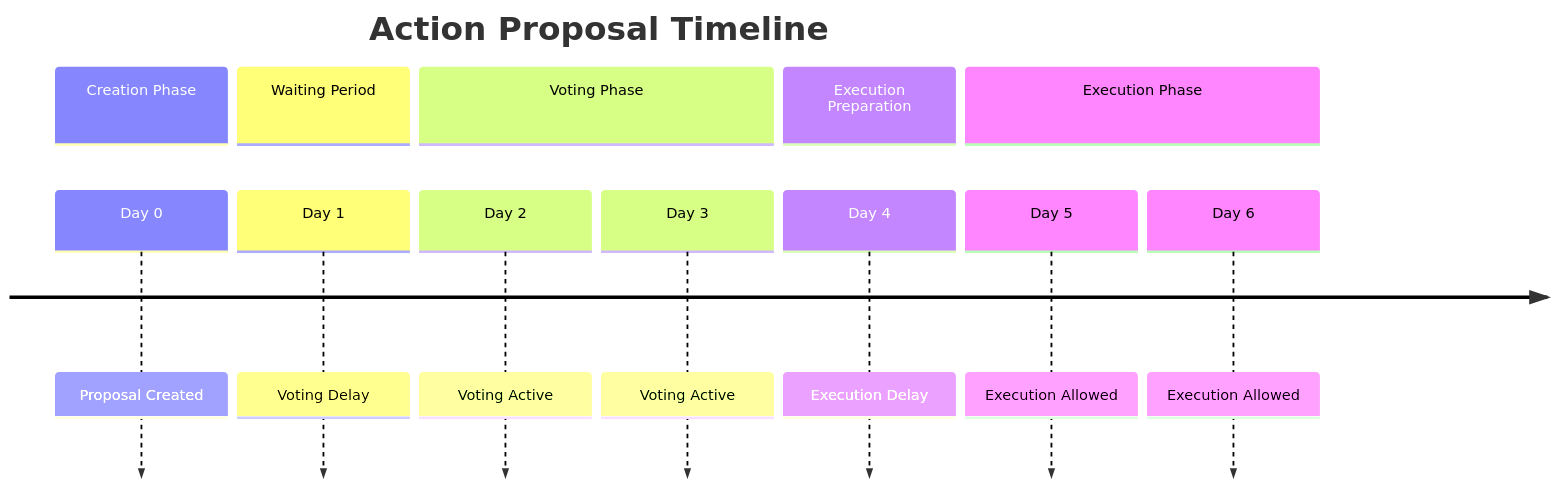
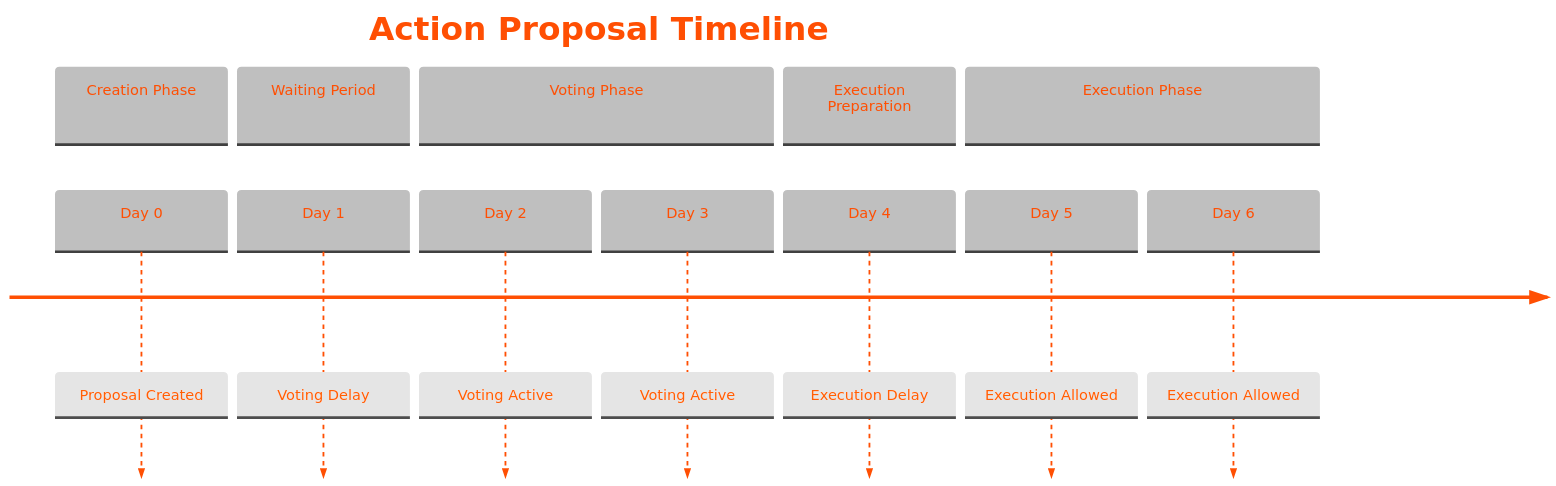
The diagram in aibtc-dao-structure/dao-proposals/action-proposals.md (aibtcdev/aibtcdev-docs), drawn with Mermaid before and after one commit. The commit also changed 1 other file, not shown here.

Commit message:
GITBOOK-21: custom mermaid styles

````diff
--- a/aibtc-dao-structure/dao-proposals/action-proposals.md
+++ b/aibtc-dao-structure/dao-proposals/action-proposals.md
@@ -20,21 +20,34 @@
 ```mermaid
+%%{
+  init: {
+    'theme': 'base',
+    'themeVariables': {
+      'primaryColor': '#FFF',
+      'primaryTextColor': '#FF4F03',
+      'primaryBorderColor': '#000',
+      'lineColor': '#FF4F03',
+      'fontWeight': 'bold'
+    }
+  }
+}%%
+
 timeline
     title Action Proposal Timeline
     
     section Creation Phase
         Day 0: Proposal Created
     
     section Waiting Period
         Day 1: Voting Delay
         
     section Voting Phase
         Day 2: Voting Active
         Day 3: Voting Active
     
     section Execution Preparation
         Day 4: Execution Delay
     
     section Execution Phase
         Day 5: Execution Allowed
         Day 6: Execution Allowed
 ```
````
